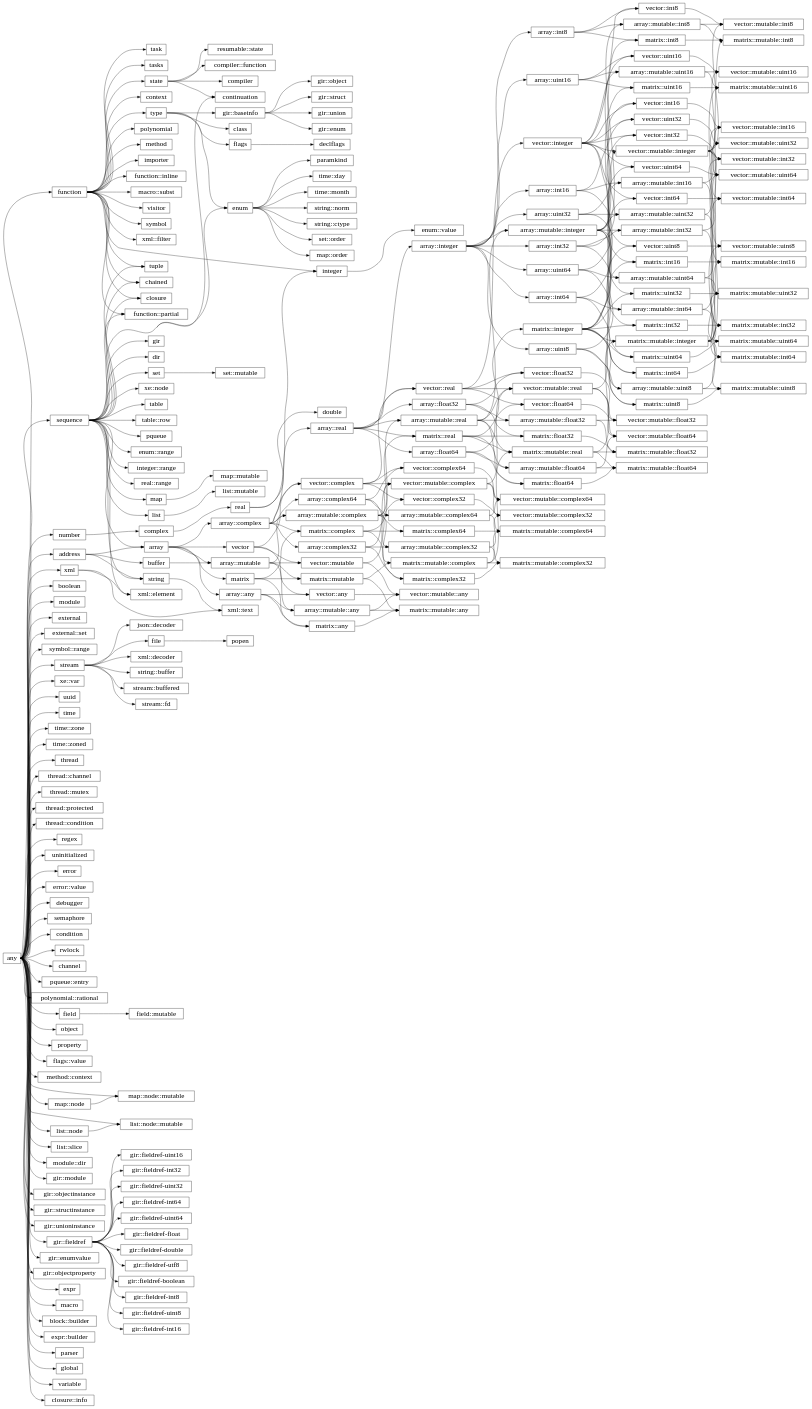
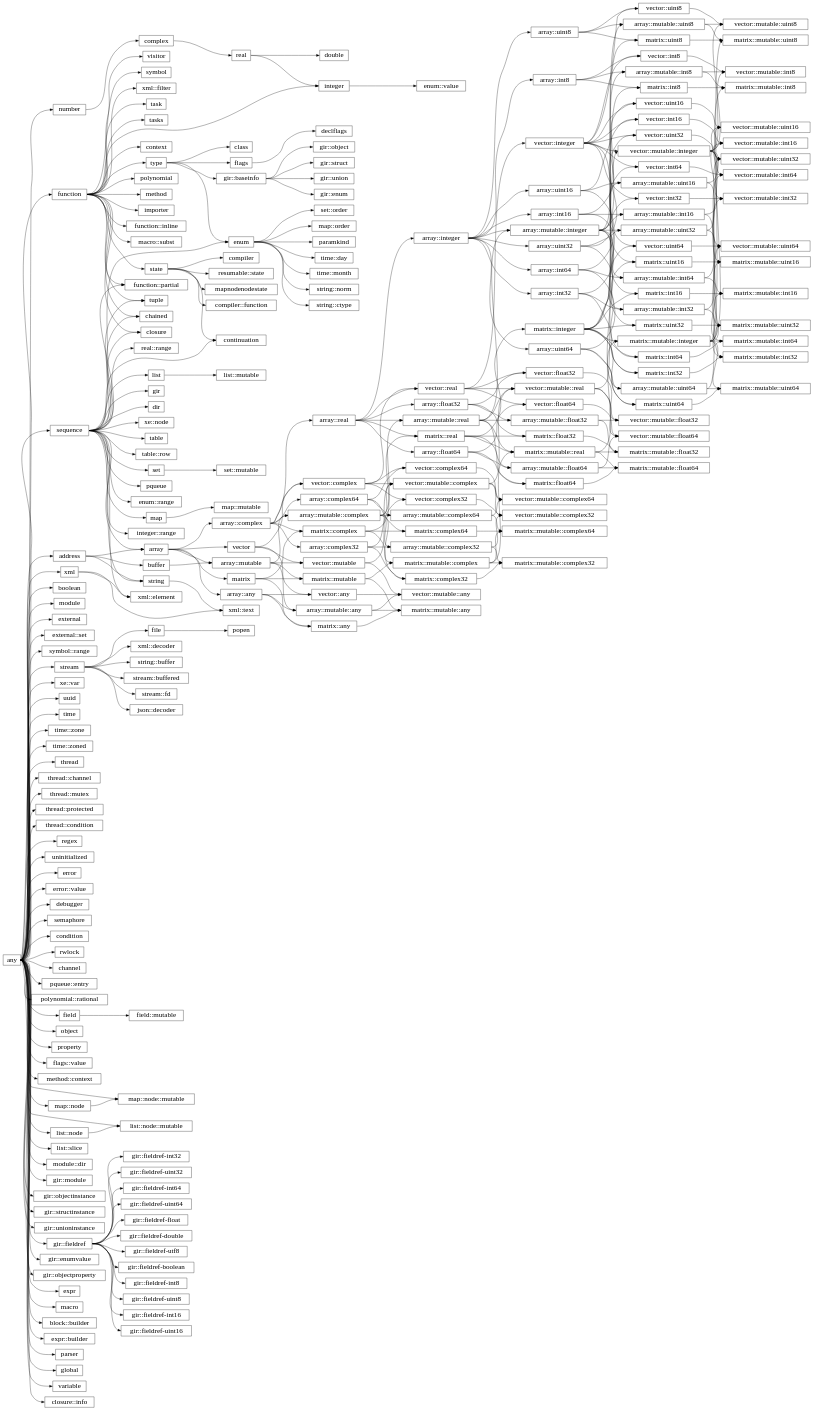
One commit to wrapl/minilang changed the diagram in docs/library/hierarchy.rst. Above: the diagram before and after it, drawn with Graphviz. The commit also changed 15 other files, not shown here.

```diff
--- a/docs/library/hierarchy.rst
+++ b/docs/library/hierarchy.rst
@@ -108,6 +108,7 @@
       "any":e -> "map::node":w;
       "map::node":e -> "map::node::mutable":w;
       "any":e -> "map::node::mutable":w;
+      "state":e -> "mapnodenodestate":w;
       "sequence":e -> "list":w;
       "list":e -> "list::mutable":w;
       "any":e -> "list::node":w;
```
